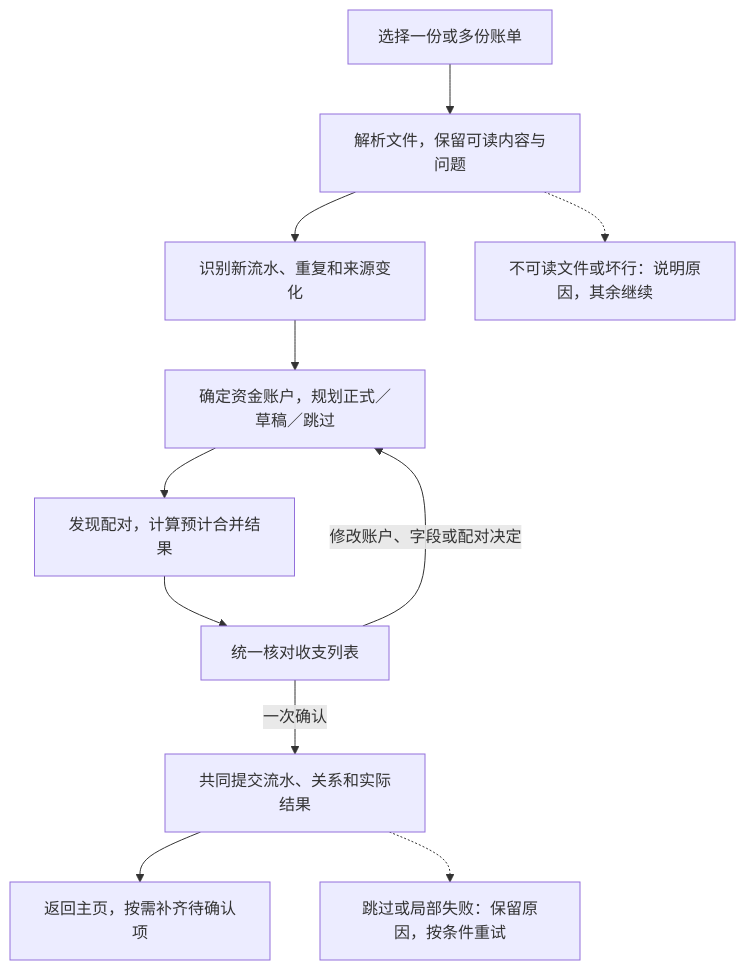
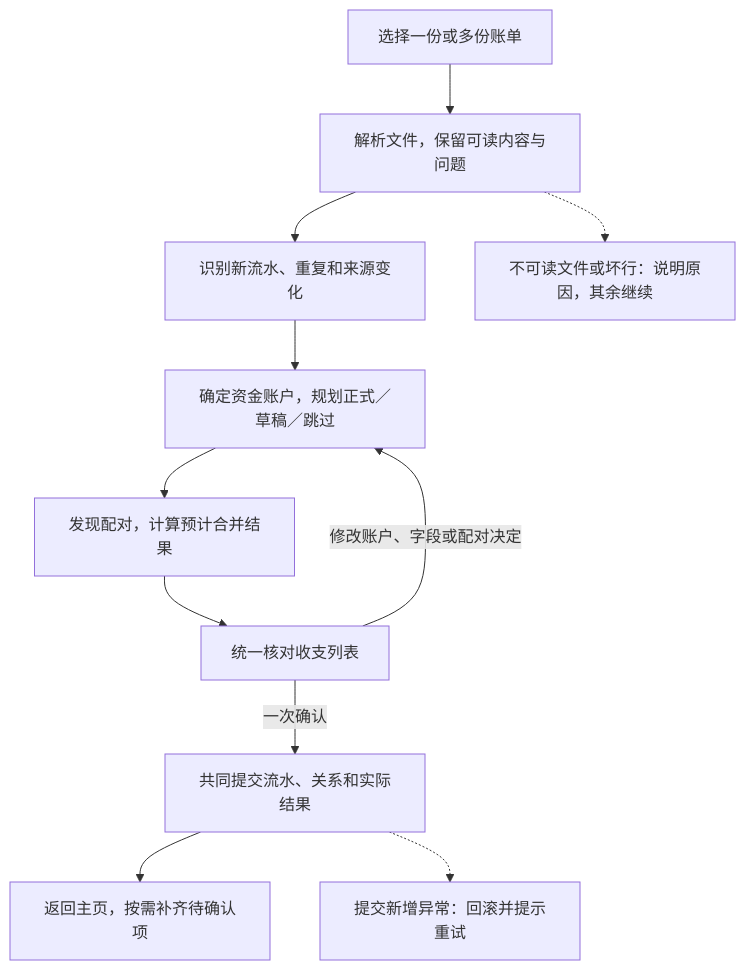
The second of 5 diagrams in docs/cash-import-flow.md (ssttkkl/finance-tracker), drawn with Mermaid before and after one commit. The commit also changed other lines of this file and 92 other files, not shown here.

````diff
--- a/docs/cash-import-flow.md
+++ b/docs/cash-import-flow.md
@@ -96,13 +95,13 @@
 ```mermaid
 flowchart TD
     A[选择一份或多份账单] --> B[解析文件，保留可读内容与问题]
     B --> C[识别新流水、重复和来源变化]
     C --> D[确定资金账户，规划正式／草稿／跳过]
     D --> E[发现配对，计算预计合并结果]
     E --> F[统一核对收支列表]
     F -->|修改账户、字段或配对决定| D
     F -->|一次确认| G[共同提交流水、关系和实际结果]
     G --> H[返回主页，按需补齐待确认项]
     B -.-> I[不可读文件或坏行：说明原因，其余继续]
-    G -.-> J[跳过或局部失败：保留原因，按条件重试]
+    G -.-> J[提交新增异常：回滚并提示重试]
 ```
````
